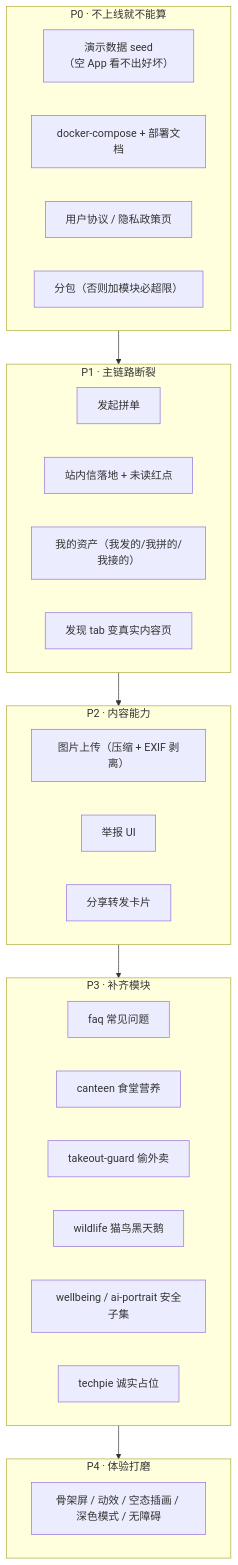
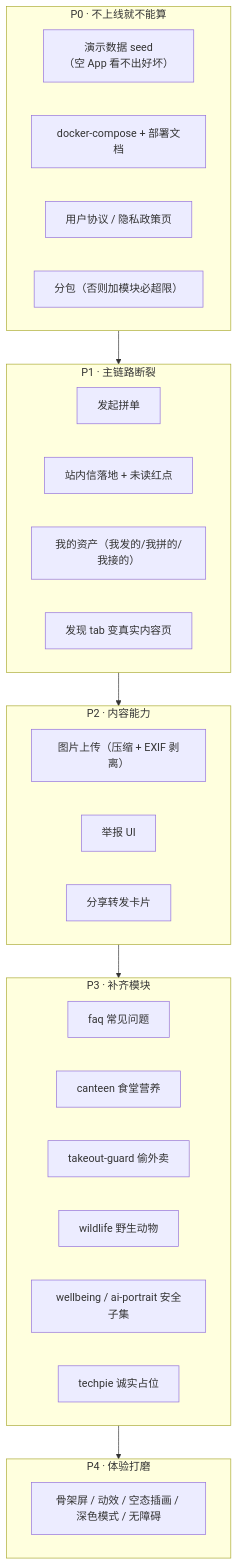
One commit to tzhazuma/kedaya changed the diagram in docs/delivery-plan.md. Above: the diagram before and after it, drawn with Mermaid. The commit also changed other lines of this file and 56 other files, not shown here.

````diff
--- a/docs/delivery-plan.md
+++ b/docs/delivery-plan.md
@@ -94,32 +94,32 @@
 ```mermaid
 flowchart TB
   subgraph P0["P0 · 不上线就不能算" ]
     seed["演示数据 seed<br/>（空 App 看不出好坏）"]
     infra["docker-compose + 部署文档"]
     legal["用户协议 / 隐私政策页"]
     split["分包（否则加模块必超限）"]
   end
   subgraph P1["P1 · 主链路断裂"]
     gb["发起拼单"]
     msg["站内信落地 + 未读红点"]
     mine["我的资产（我发的/我拼的/我接的）"]
     discover["发现 tab 变真实内容页"]
   end
   subgraph P2["P2 · 内容能力"]
     img["图片上传（压缩 + EXIF 剥离）"]
     report["举报 UI"]
     share["分享转发卡片"]
   end
   subgraph P3["P3 · 补齐模块"]
     m_faq["faq 常见问题"]
     m_canteen["canteen 食堂营养"]
     m_takeout["takeout-guard 偷外卖"]
-    m_wild["wildlife 猫鸟黑天鹅"]
+    m_wild["wildlife 野生动物"]
     m_safe["wellbeing / ai-portrait 安全子集"]
     m_techpie["techpie 诚实占位"]
   end
   subgraph P4["P4 · 体验打磨"]
     polish["骨架屏 / 动效 / 空态插画 / 深色模式 / 无障碍"]
   end
   P0 --> P1 --> P2 --> P3 --> P4
 ```
````
